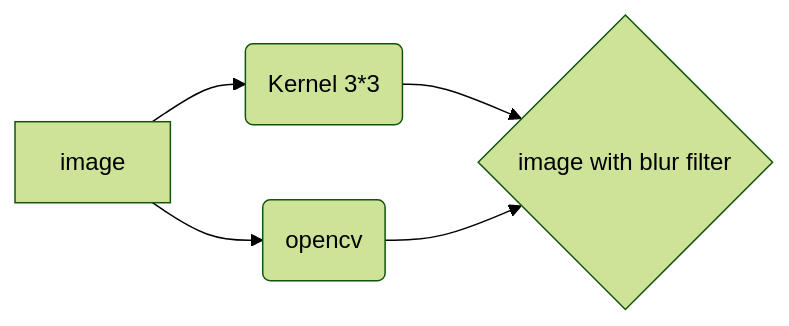
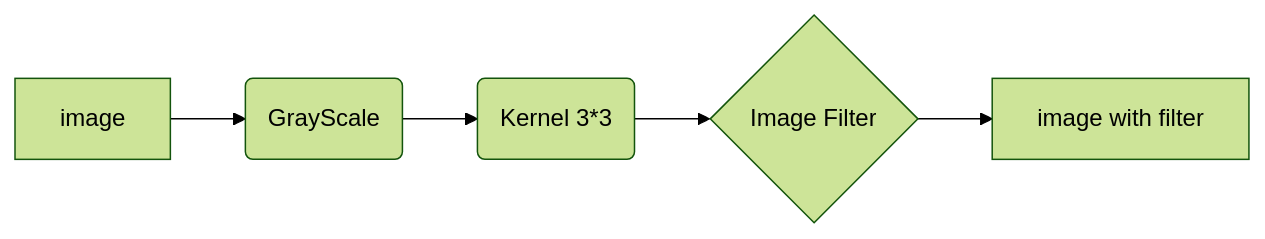
The diagram in README.md (ali-hamidi2000/Image-kernel-without-Padding), drawn with Mermaid (forest theme) before and after one commit. The commit also changed other lines of this file, not shown here.

````diff
--- a/README.md
+++ b/README.md
@@ -194,7 +109,7 @@
 ```mermaid
 graph LR
-A[image]--> B(opencv)
-A --> C(Kernel 3*3)
-C --> E
-B --> E{image with blur filter}
+A[image]--> B(GrayScale)
+B --> C(Kernel 3*3)
+C --> D{Image Filter}
+D --> E[image with filter]
 ```
````
